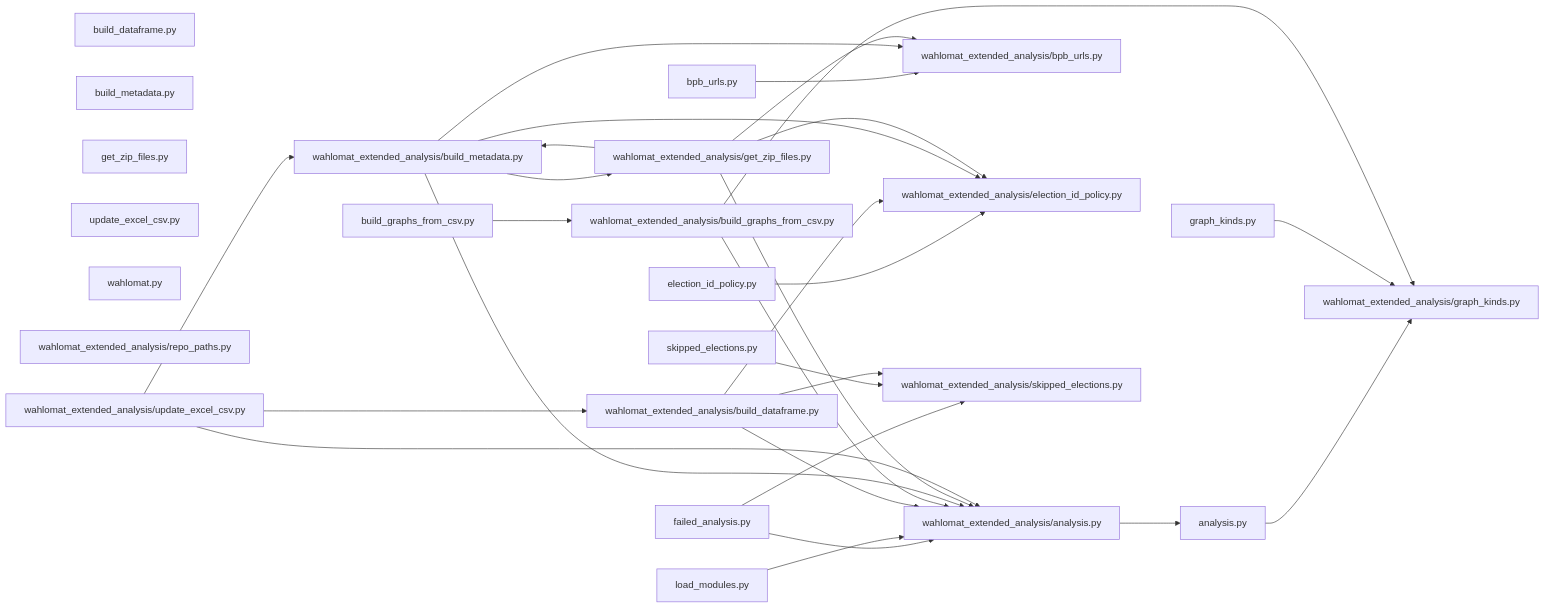
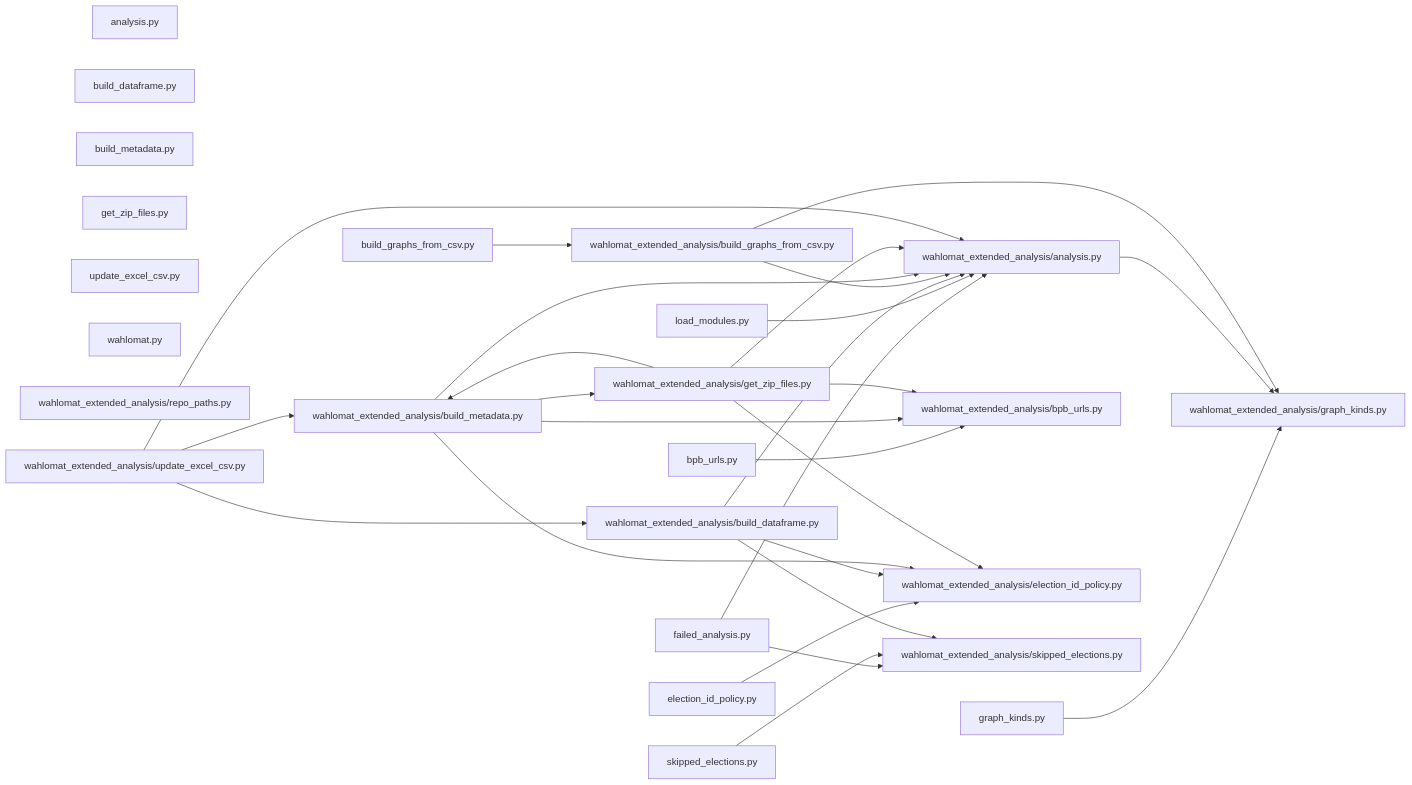
One commit to skbormann/wahlomat-extended-analysis changed the second of 2 diagrams in docs/ARCHITECTURE.md. Above: the diagram before and after it, drawn with Mermaid. The commit also changed 2 other files, not shown here.

Commit message:
Move analysis into package.
Keep the legacy analysis import path as a thin wrapper module, and refresh the generated architecture graph.

Made-with: Cursor

````diff
--- a/docs/ARCHITECTURE.md
+++ b/docs/ARCHITECTURE.md
@@ -57,53 +57,52 @@
 ```mermaid
 flowchart LR
   m_analysis["analysis.py"]
   m_bpb_urls["bpb_urls.py"]
   m_build_dataframe["build_dataframe.py"]
   m_build_graphs_from_csv["build_graphs_from_csv.py"]
   m_build_metadata["build_metadata.py"]
   m_election_id_policy["election_id_policy.py"]
   m_failed_analysis["failed_analysis.py"]
   m_get_zip_files["get_zip_files.py"]
   m_graph_kinds["graph_kinds.py"]
   m_load_modules["load_modules.py"]
   m_skipped_elections["skipped_elections.py"]
   m_update_excel_csv["update_excel_csv.py"]
   m_wahlomat["wahlomat.py"]
   m_wahlomat_extended_analysis_analysis["wahlomat_extended_analysis/analysis.py"]
   m_wahlomat_extended_analysis_bpb_urls["wahlomat_extended_analysis/bpb_urls.py"]
   m_wahlomat_extended_analysis_build_dataframe["wahlomat_extended_analysis/build_dataframe.py"]
   m_wahlomat_extended_analysis_build_graphs_from_csv["wahlomat_extended_analysis/build_graphs_from_csv.py"]
   m_wahlomat_extended_analysis_build_metadata["wahlomat_extended_analysis/build_metadata.py"]
   m_wahlomat_extended_analysis_election_id_policy["wahlomat_extended_analysis/election_id_policy.py"]
   m_wahlomat_extended_analysis_get_zip_files["wahlomat_extended_analysis/get_zip_files.py"]
   m_wahlomat_extended_analysis_graph_kinds["wahlomat_extended_analysis/graph_kinds.py"]
   m_wahlomat_extended_analysis_repo_paths["wahlomat_extended_analysis/repo_paths.py"]
   m_wahlomat_extended_analysis_skipped_elections["wahlomat_extended_analysis/skipped_elections.py"]
   m_wahlomat_extended_analysis_update_excel_csv["wahlomat_extended_analysis/update_excel_csv.py"]
-  m_analysis --> m_wahlomat_extended_analysis_graph_kinds
   m_bpb_urls --> m_wahlomat_extended_analysis_bpb_urls
   m_build_graphs_from_csv --> m_wahlomat_extended_analysis_build_graphs_from_csv
   m_election_id_policy --> m_wahlomat_extended_analysis_election_id_policy
   m_failed_analysis --> m_wahlomat_extended_analysis_analysis
   m_failed_analysis --> m_wahlomat_extended_analysis_skipped_elections
   m_graph_kinds --> m_wahlomat_extended_analysis_graph_kinds
   m_load_modules --> m_wahlomat_extended_analysis_analysis
   m_skipped_elections --> m_wahlomat_extended_analysis_skipped_elections
-  m_wahlomat_extended_analysis_analysis --> m_analysis
+  m_wahlomat_extended_analysis_analysis --> m_wahlomat_extended_analysis_graph_kinds
   m_wahlomat_extended_analysis_build_dataframe --> m_wahlomat_extended_analysis_analysis
   m_wahlomat_extended_analysis_build_dataframe --> m_wahlomat_extended_analysis_election_id_policy
   m_wahlomat_extended_analysis_build_dataframe --> m_wahlomat_extended_analysis_skipped_elections
   m_wahlomat_extended_analysis_build_graphs_from_csv --> m_wahlomat_extended_analysis_analysis
   m_wahlomat_extended_analysis_build_graphs_from_csv --> m_wahlomat_extended_analysis_graph_kinds
   m_wahlomat_extended_analysis_build_metadata --> m_wahlomat_extended_analysis_analysis
   m_wahlomat_extended_analysis_build_metadata --> m_wahlomat_extended_analysis_bpb_urls
   m_wahlomat_extended_analysis_build_metadata --> m_wahlomat_extended_analysis_election_id_policy
   m_wahlomat_extended_analysis_build_metadata --> m_wahlomat_extended_analysis_get_zip_files
   m_wahlomat_extended_analysis_get_zip_files --> m_wahlomat_extended_analysis_analysis
   m_wahlomat_extended_analysis_get_zip_files --> m_wahlomat_extended_analysis_bpb_urls
   m_wahlomat_extended_analysis_get_zip_files --> m_wahlomat_extended_analysis_build_metadata
   m_wahlomat_extended_analysis_get_zip_files --> m_wahlomat_extended_analysis_election_id_policy
   m_wahlomat_extended_analysis_update_excel_csv --> m_wahlomat_extended_analysis_analysis
   m_wahlomat_extended_analysis_update_excel_csv --> m_wahlomat_extended_analysis_build_dataframe
   m_wahlomat_extended_analysis_update_excel_csv --> m_wahlomat_extended_analysis_build_metadata
 ```
````
